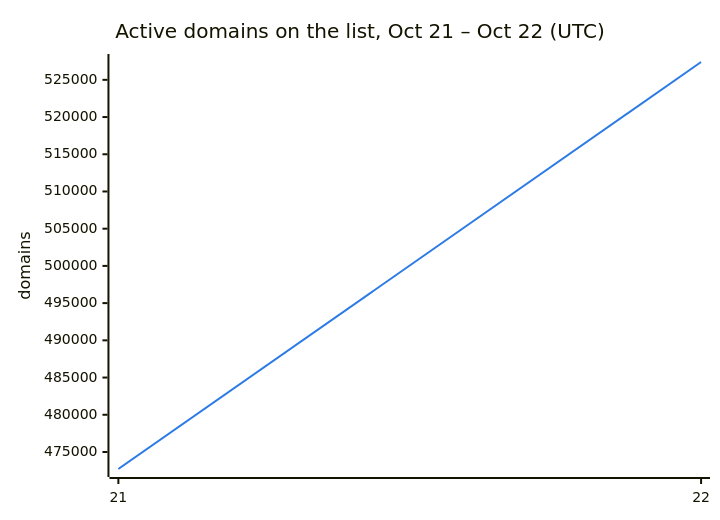
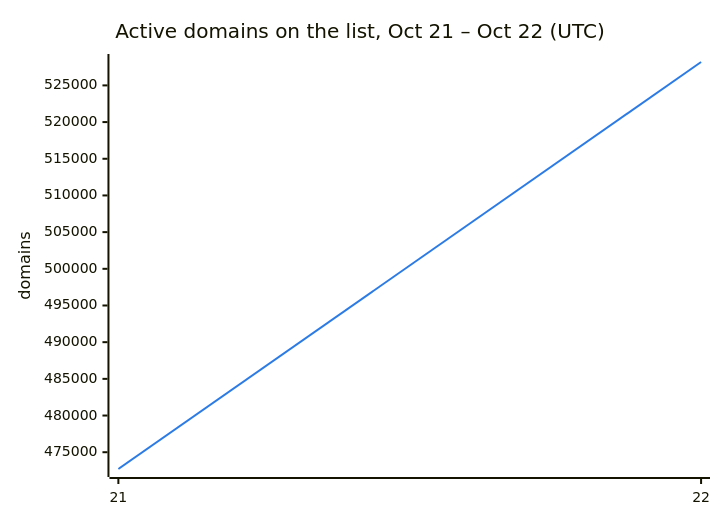
One commit to DNSBunker/CTI changed the second of 3 diagrams in README.md. Above: the diagram before and after it, drawn with Mermaid. The commit also changed other lines of this file and 3 other files, not shown here.

````diff
--- a/README.md
+++ b/README.md
@@ -38,8 +38,8 @@
 ```mermaid
 %%{init: {"themeVariables": {"xyChart": {"plotColorPalette": "#2c7be5"}}}}%%
 xychart-beta
     title "Active domains on the list, Oct 21 – Oct 22 (UTC)"
     x-axis ["21", "22"]
     y-axis "domains"
-    line [472713, 527396]
+    line [472713, 528189]
 ```
````
